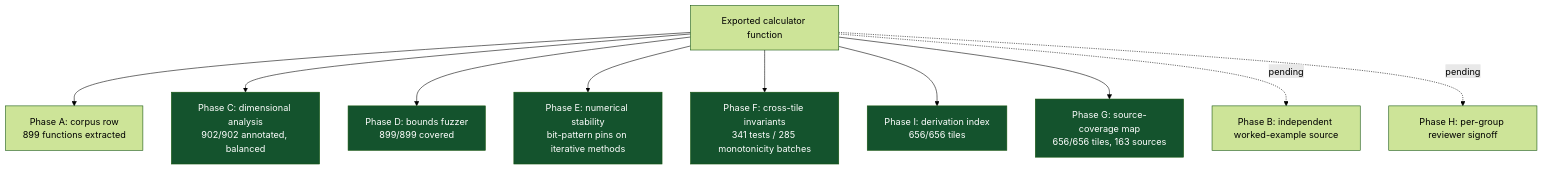
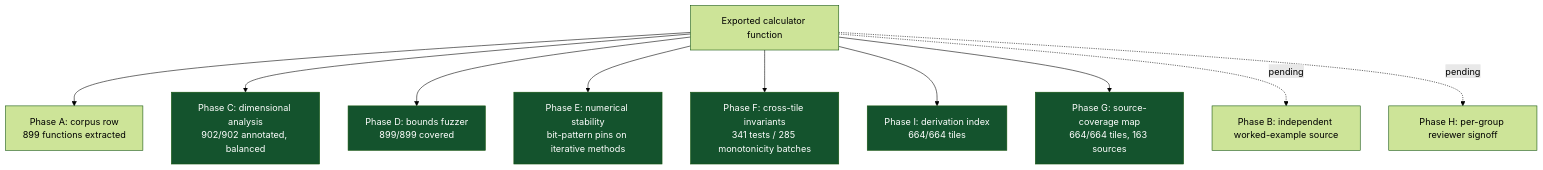
The sixth of 8 diagrams in README.md (clay-good/roughlogic.com), drawn with Mermaid (forest theme) before and after one commit. The commit also changed other lines of this file and 22 other files, not shown here.

````diff
--- a/README.md
+++ b/README.md
@@ -474,18 +474,18 @@
 ```mermaid
 flowchart TB
     F[Exported calculator function] --> A[Phase A: corpus row\n899 functions extracted]
     F --> C[Phase C: dimensional analysis\n902/902 annotated, balanced]
     F --> D[Phase D: bounds fuzzer\n899/899 covered]
     F --> E[Phase E: numerical stability\nbit-pattern pins on iterative methods]
     F --> Fa[Phase F: cross-tile invariants\n341 tests / 285 monotonicity batches]
-    F --> I[Phase I: derivation index\n656/656 tiles]
-    F --> G[Phase G: source-coverage map\n656/656 tiles, 163 sources]
+    F --> I[Phase I: derivation index\n664/664 tiles]
+    F --> G[Phase G: source-coverage map\n664/664 tiles, 163 sources]
     F -.pending.-> B[Phase B: independent worked-example source]
     F -.pending.-> H[Phase H: per-group reviewer signoff]
     style C fill:#14532d,color:#fff
     style D fill:#14532d,color:#fff
     style E fill:#14532d,color:#fff
     style Fa fill:#14532d,color:#fff
     style G fill:#14532d,color:#fff
     style I fill:#14532d,color:#fff
 ```
````
